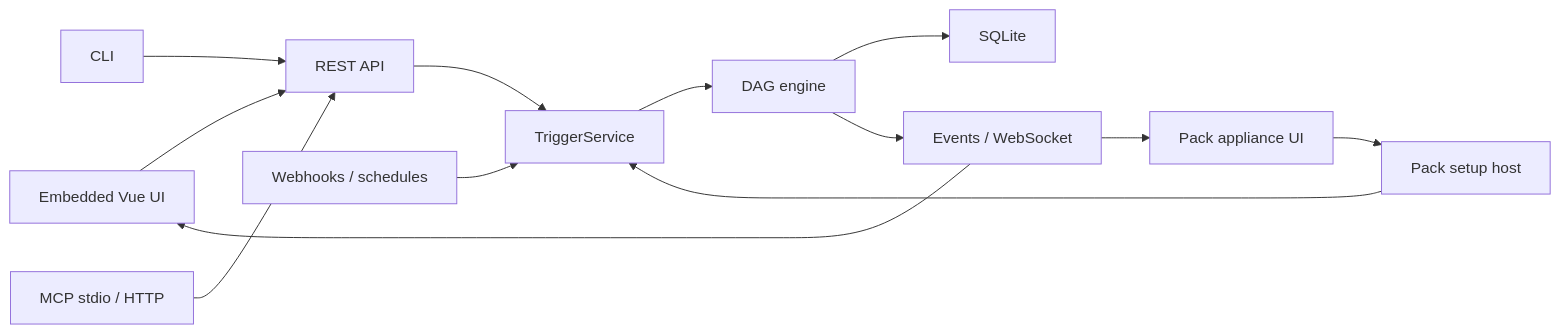
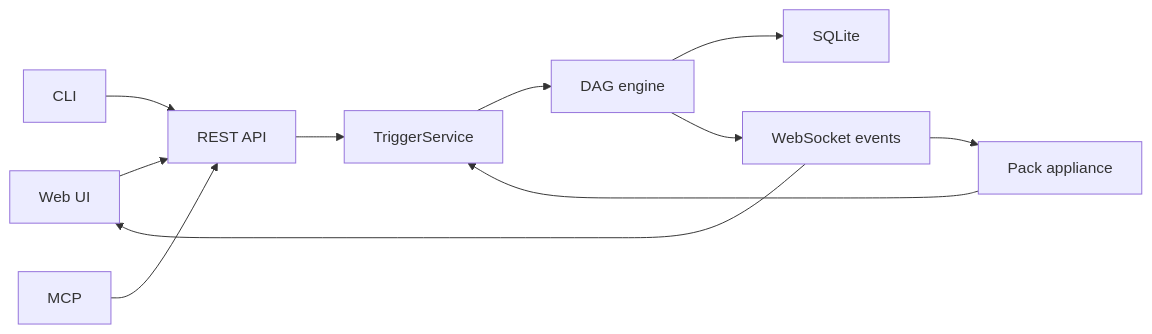
The diagram in README.md (hstptcn5/Goflow), drawn with Mermaid before and after one commit. The commit also changed other lines of this file, not shown here.

````diff
--- a/README.md
+++ b/README.md
@@ -243,15 +142,13 @@
 ```mermaid
 flowchart LR
-    UI["Embedded Vue UI"] --> API["REST API"]
+    UI["Web UI"] --> API["REST API"]
     CLI["CLI"] --> API
-    MCP["MCP stdio / HTTP"] --> API
-    WEBHOOK["Webhooks / schedules"] --> TS["TriggerService"]
+    MCP["MCP"] --> API
+    PACK["Pack appliance"] --> TS["TriggerService"]
     API --> TS
-    APPLIANCE["Pack appliance UI"] --> SETUP["Pack setup host"]
-    SETUP --> TS
     TS --> DAG["DAG engine"]
     DAG --> DB["SQLite"]
-    DAG --> EVENTS["Events / WebSocket"]
+    DAG --> EVENTS["WebSocket events"]
     EVENTS --> UI
-    EVENTS --> APPLIANCE
+    EVENTS --> PACK
 ```
````
